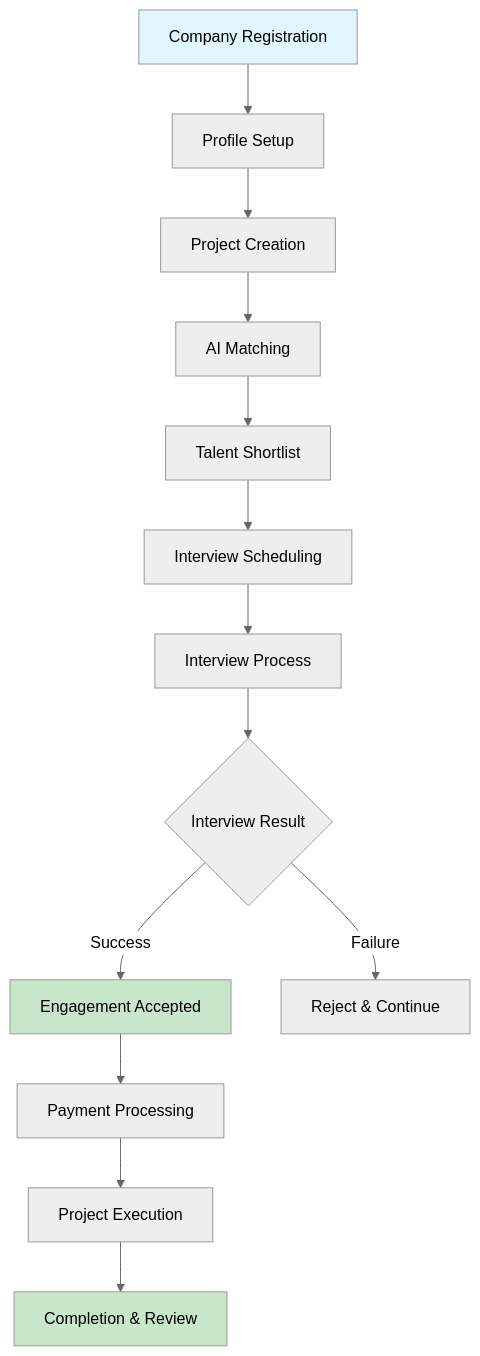
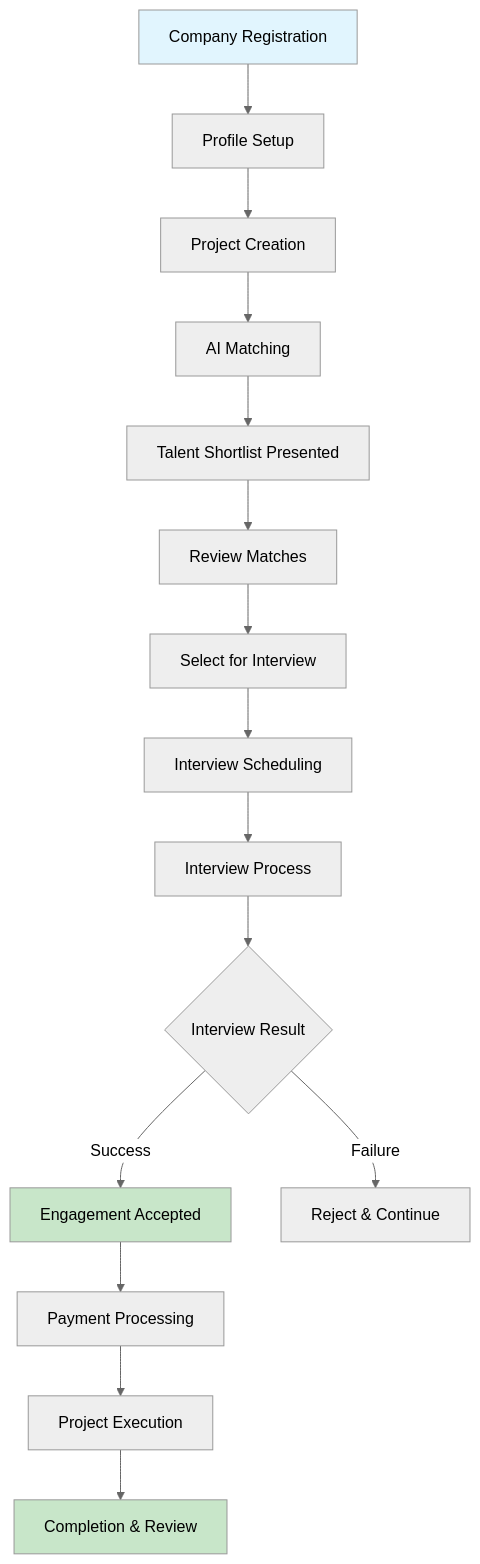
Before and after one commit to counttalita/benchwarmers: the first of 7 diagrams in docs/client-presentation.md, drawn with Mermaid (neutral theme). The commit also changed other lines of this file and 8 other files, not shown here.

First line of the commit message:
fix: update documentation to reflect correct talent marketplace flow

````diff
--- a/docs/client-presentation.md
+++ b/docs/client-presentation.md
@@ -43,19 +44,21 @@
 ```mermaid
 graph TD
     A[Company Registration] --> B[Profile Setup]
     B --> C[Project Creation]
     C --> D[AI Matching]
-    D --> E[Talent Shortlist]
-    E --> F[Interview Scheduling]
-    F --> G[Interview Process]
-    G --> H{Interview Result}
-    H -->|Success| I[Engagement Accepted]
-    H -->|Failure| J[Reject & Continue]
-    I --> K[Payment Processing]
-    K --> L[Project Execution]
-    L --> M[Completion & Review]
+    D --> E[Talent Shortlist Presented]
+    E --> F[Review Matches]
+    F --> G[Select for Interview]
+    G --> H[Interview Scheduling]
+    H --> I[Interview Process]
+    I --> J{Interview Result}
+    J -->|Success| K[Engagement Accepted]
+    J -->|Failure| L[Reject & Continue]
+    K --> M[Payment Processing]
+    M --> N[Project Execution]
+    N --> O[Completion & Review]
     
     style A fill:#e1f5fe
-    style I fill:#c8e6c9
-    style M fill:#c8e6c9
+    style K fill:#c8e6c9
+    style O fill:#c8e6c9
 ```
````
